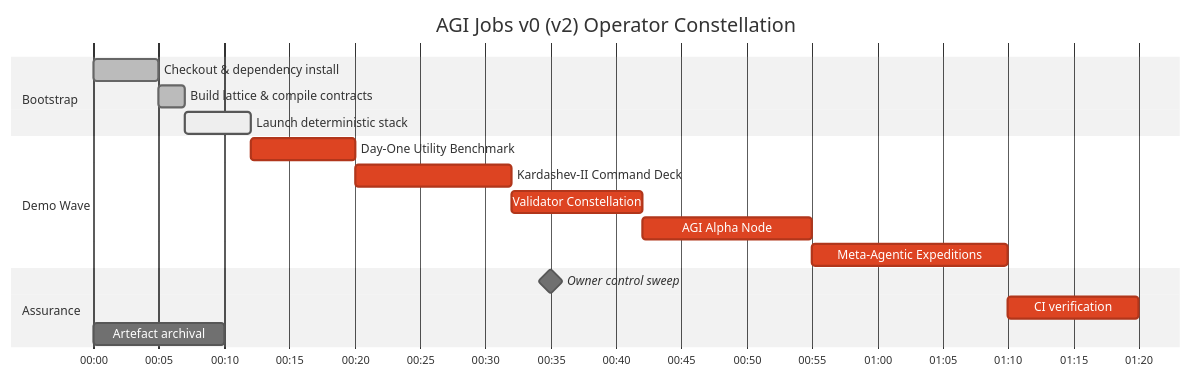
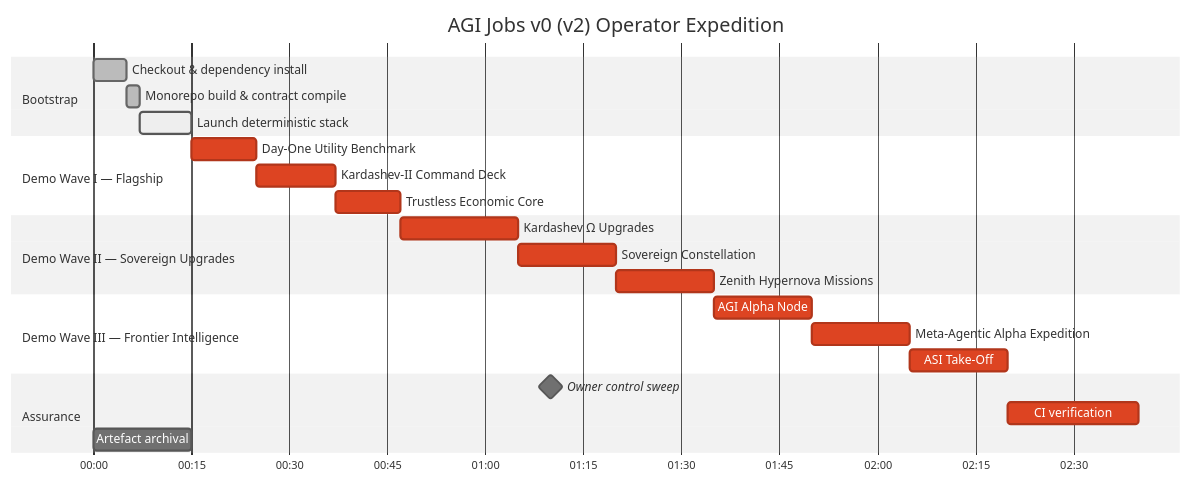
One commit to MontrealAI/AGIJobsv0 changed the second of 3 diagrams in docs/AGI-Operator-Quickstart.md. Above: the diagram before and after it, drawn with Mermaid (neutral theme). The commit also changed other lines of this file, not shown here.

Commit message:
docs: refresh operator quickstart for v2 demos

````diff
--- a/docs/AGI-Operator-Quickstart.md
+++ b/docs/AGI-Operator-Quickstart.md
@@ -118,20 +114,26 @@
 ```mermaid
 gantt
-  title AGI Jobs v0 (v2) Operator Constellation
   dateFormat  HH:mm
   axisFormat  %H:%M
+  title AGI Jobs v0 (v2) Operator Expedition
   section Bootstrap
-  Checkout & dependency install      :done, 00:00, 00:05
-  Build lattice & compile contracts  :done, 00:05, 00:07
-  Launch deterministic stack          :active, 00:07, 00:12
-  section Demo Wave
-  Day-One Utility Benchmark          :crit, 00:12, 00:20
-  Kardashev-II Command Deck          :crit, 00:20, 00:32
-  Validator Constellation            :crit, 00:32, 00:42
-  AGI Alpha Node                     :crit, 00:42, 00:55
-  Meta-Agentic Expeditions           :crit, 00:55, 01:10
+  Checkout & dependency install      :done,    00:00, 00:05
+  Monorepo build & contract compile  :done,    00:05, 00:07
+  Launch deterministic stack         :active,  00:07, 00:15
+  section Demo Wave I — Flagship
+  Day-One Utility Benchmark          :crit,    00:15, 00:25
+  Kardashev-II Command Deck          :crit,    00:25, 00:37
+  Trustless Economic Core            :crit,    00:37, 00:47
+  section Demo Wave II — Sovereign Upgrades
+  Kardashev Ω Upgrades               :crit,    00:47, 01:05
+  Sovereign Constellation            :crit,    01:05, 01:20
+  Zenith Hypernova Missions          :crit,    01:20, 01:35
+  section Demo Wave III — Frontier Intelligence
+  AGI Alpha Node                     :crit,    01:35, 01:50
+  Meta-Agentic Alpha Expedition      :crit,    01:50, 02:05
+  ASI Take-Off                       :crit,    02:05, 02:20
   section Assurance
-  Owner control sweep                :milestone, 01:10, 00:00
-  CI verification                    :crit, 01:10, 01:20
-  Artefact archival                  :after owner control sweep, 00:10
+  Owner control sweep                :milestone, 02:20, 00:00
+  CI verification                    :crit,       02:20, 02:40
+  Artefact archival                  :after owner control sweep, 00:15
 ```
````
